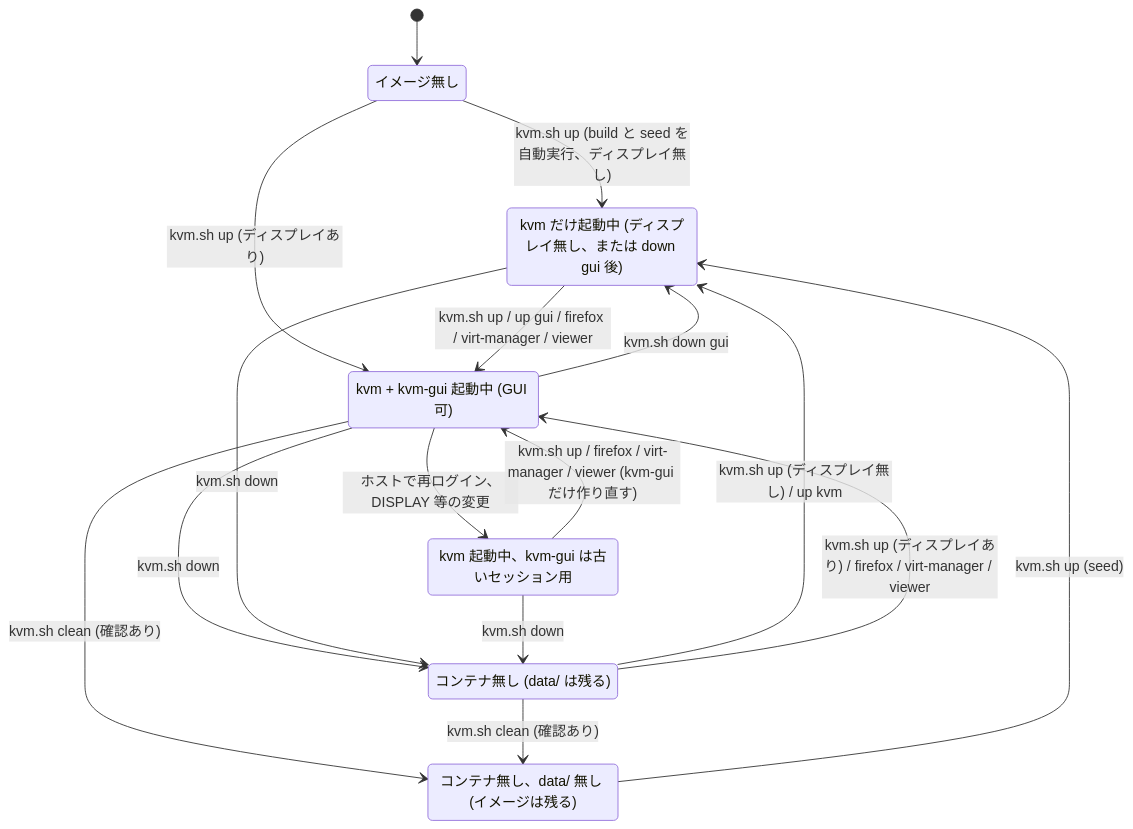
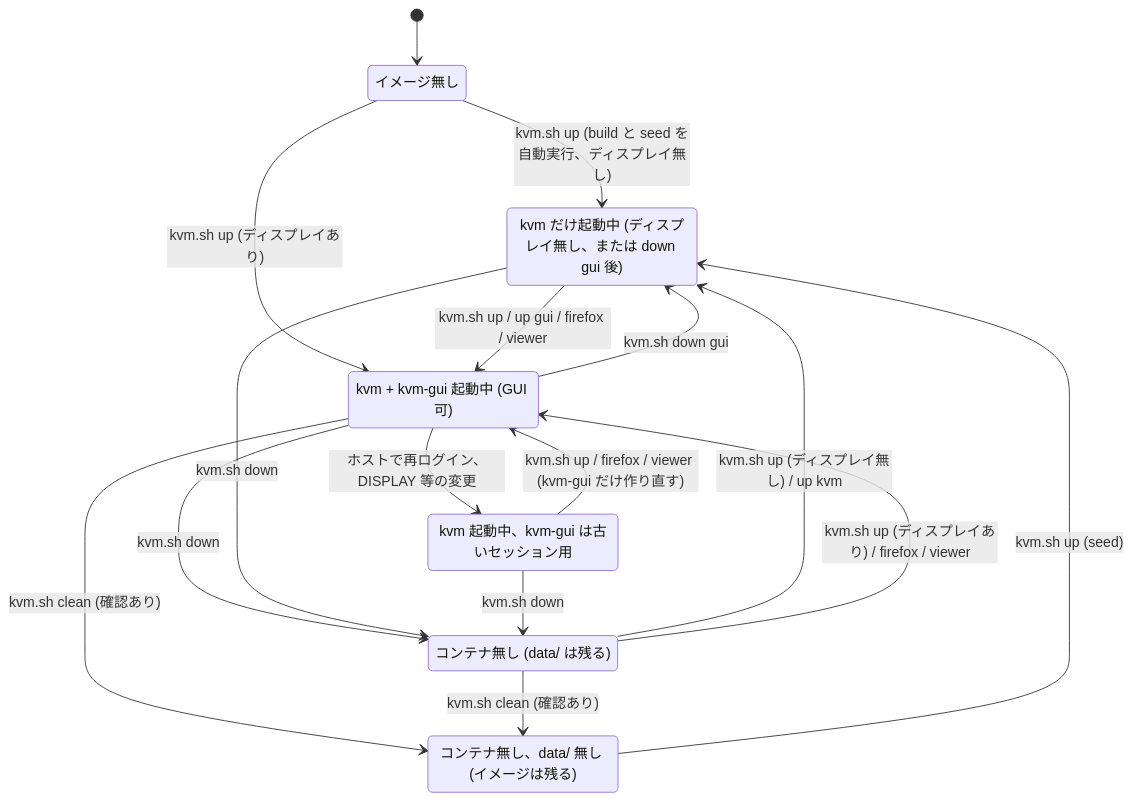
Diagram 22 of 22 in docs/SPEC.md (ryo-aoki-pc/kvm-container), drawn with Mermaid before and after one commit. The commit also changed other lines of this file and 6 other files, not shown here.

First line of the commit message:
virt-manager を削除する (#24)

````diff
--- a/docs/SPEC.md
+++ b/docs/SPEC.md
@@ -1082,24 +1076,24 @@
 ```mermaid
 stateDiagram-v2
   [*] --> NoImage
   NoImage : イメージ無し
   Kvm : kvm だけ起動中 (ディスプレイ無し、または down gui 後)
   Both : kvm + kvm-gui 起動中 (GUI 可)
   Stale : kvm 起動中、kvm-gui は古いセッション用
   Down : コンテナ無し (data/ は残る)
   NoData : コンテナ無し、data/ 無し (イメージは残る)
   NoImage --> Kvm : kvm.sh up (build と seed を自動実行、ディスプレイ無し)
   NoImage --> Both : kvm.sh up (ディスプレイあり)
   NoData --> Kvm : kvm.sh up (seed)
   Down --> Kvm : kvm.sh up (ディスプレイ無し) / up kvm
-  Down --> Both : kvm.sh up (ディスプレイあり) / firefox / virt-manager / viewer
-  Kvm --> Both : kvm.sh up / up gui / firefox / virt-manager / viewer
+  Down --> Both : kvm.sh up (ディスプレイあり) / firefox / viewer
+  Kvm --> Both : kvm.sh up / up gui / firefox / viewer
   Both --> Kvm : kvm.sh down gui
   Both --> Stale : ホストで再ログイン、DISPLAY 等の変更
-  Stale --> Both : kvm.sh up / firefox / virt-manager / viewer (kvm-gui だけ作り直す)
+  Stale --> Both : kvm.sh up / firefox / viewer (kvm-gui だけ作り直す)
   Both --> Down : kvm.sh down
   Kvm --> Down : kvm.sh down
   Stale --> Down : kvm.sh down
   Both --> NoData : kvm.sh clean (確認あり)
   Down --> NoData : kvm.sh clean (確認あり)
 ```
````
